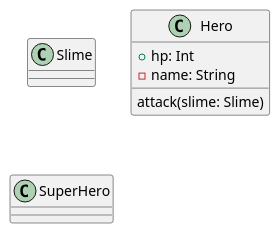
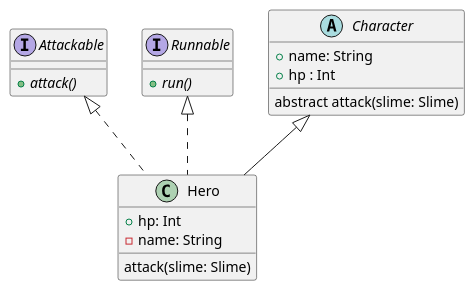
Before and after one commit to SurvivalCodingCampus/winter_kotlin_lecture: the diagram in src/main/kotlin/day06/game.puml, drawn with PlantUML. The commit also changed 1 other file, not shown here.

Commit message:
fix : prac plant UML

```diff
--- a/src/main/kotlin/day06/game.puml
+++ b/src/main/kotlin/day06/game.puml
@@ -1,15 +1,34 @@
 @startuml
 
+interface Attackable {
+    {abstract} +attack()
+}
 
-class Slime
+interface Runnable {
+    {abstract} +run()
+}
+
+abstract class Character {
++ name: String
++ hp : Int
+
+abstract attack(slime: Slime)
+
+}
 
 
-class Hero {
+'class Slime
+
+
+class Hero extends Character implements Runnable, Attackable {
 + hp: Int
 - name: String
 
 attack(slime: Slime)
 }
 
-class SuperHero {}
+'class SuperHero {}
+
+
+
 @enduml
```
